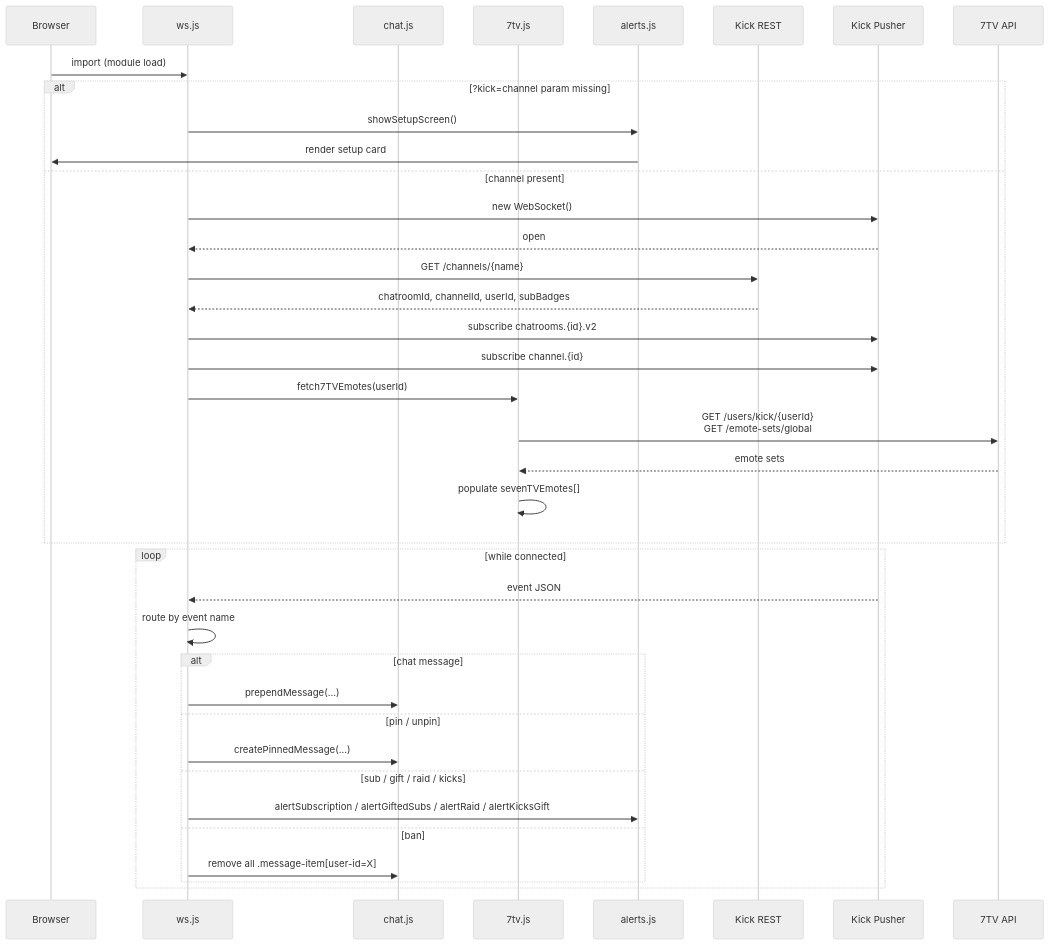
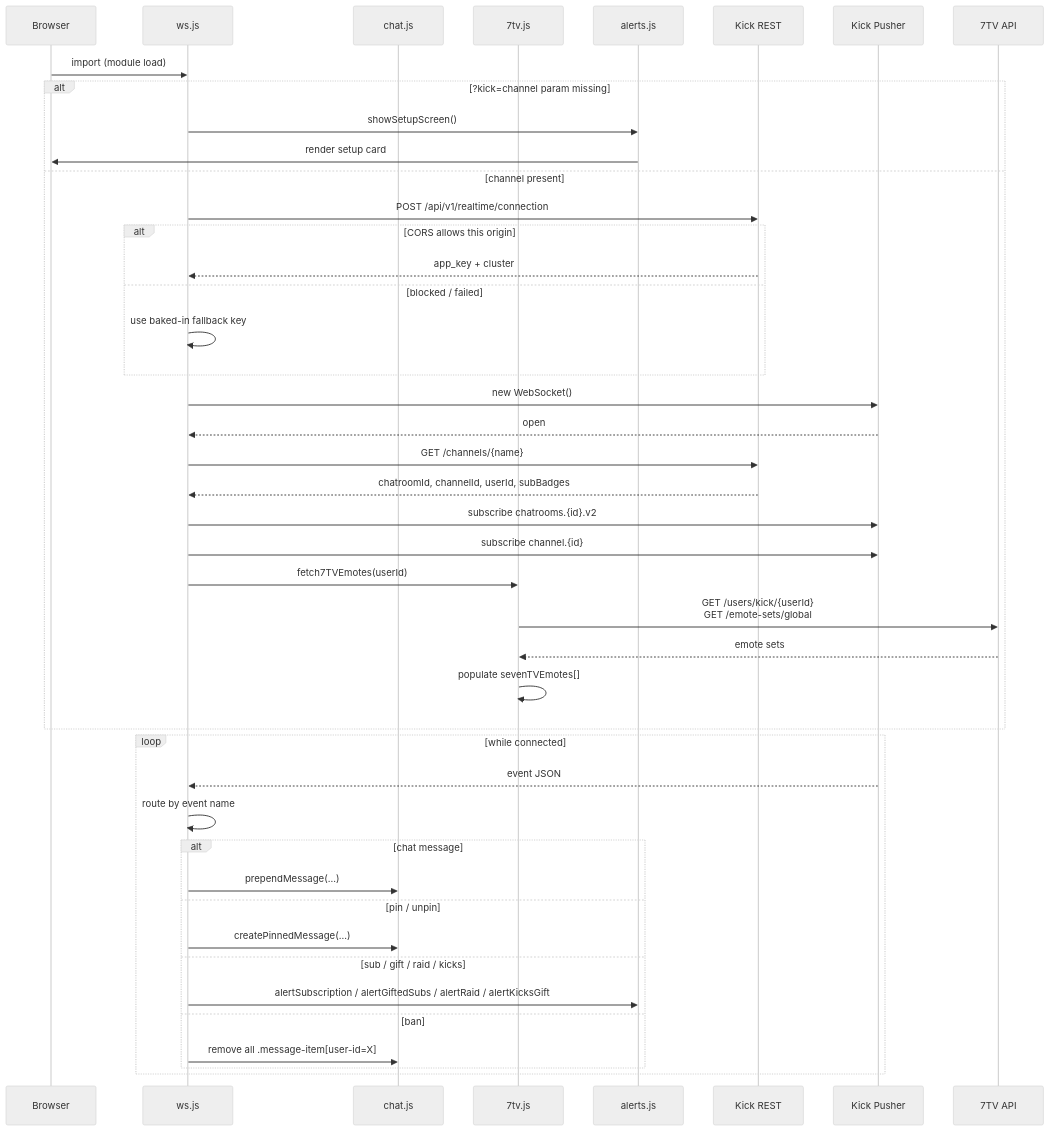
One commit to zachisfine/chat-dock changed the second of 3 diagrams in docs/system-architecture.md. Above: the diagram before and after it, drawn with Mermaid (neutral theme). The commit also changed other lines of this file and 4 other files, not shown here.

First line of the commit message:
fix: resolve Pusher credentials at runtime; Kick retired the static key

````diff
--- a/docs/system-architecture.md
+++ b/docs/system-architecture.md
@@ -32,42 +35,48 @@
 ```mermaid
 sequenceDiagram
     participant Browser
     participant ws as ws.js
     participant chat as chat.js
     participant 7tv as 7tv.js
     participant alerts as alerts.js
     participant KickAPI as Kick REST
     participant KickWS as Kick Pusher
     participant SevenTV as 7TV API
 
     Browser->>ws: import (module load)
     alt ?kick=channel param missing
         ws->>alerts: showSetupScreen()
         alerts->>Browser: render setup card
     else channel present
+        ws->>KickAPI: POST /api/v1/realtime/connection
+        alt CORS allows this origin
+            KickAPI-->>ws: app_key + cluster
+        else blocked / failed
+            ws->>ws: use baked-in fallback key
+        end
         ws->>KickWS: new WebSocket()
         KickWS-->>ws: open
         ws->>KickAPI: GET /channels/{name}
         KickAPI-->>ws: chatroomId, channelId, userId, subBadges
         ws->>KickWS: subscribe chatrooms.{id}.v2
         ws->>KickWS: subscribe channel.{id}
         ws->>7tv: fetch7TVEmotes(userId)
         7tv->>SevenTV: GET /users/kick/{userId}<br>GET /emote-sets/global
         SevenTV-->>7tv: emote sets
         7tv->>7tv: populate sevenTVEmotes[]
     end
 
     loop while connected
         KickWS-->>ws: event JSON
         ws->>ws: route by event name
         alt chat message
             ws->>chat: prependMessage(...)
         else pin / unpin
             ws->>chat: createPinnedMessage(...)
         else sub / gift / raid / kicks
             ws->>alerts: alertSubscription / alertGiftedSubs / alertRaid / alertKicksGift
         else ban
             ws->>chat: remove all .message-item[user-id=X]
         end
     end
 ```
````
